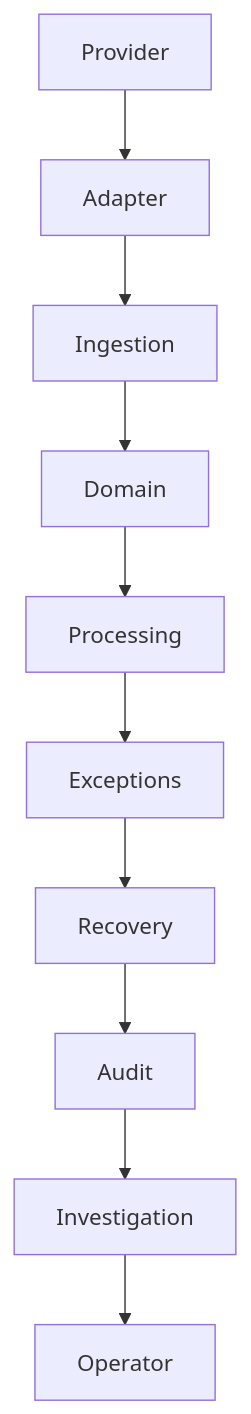
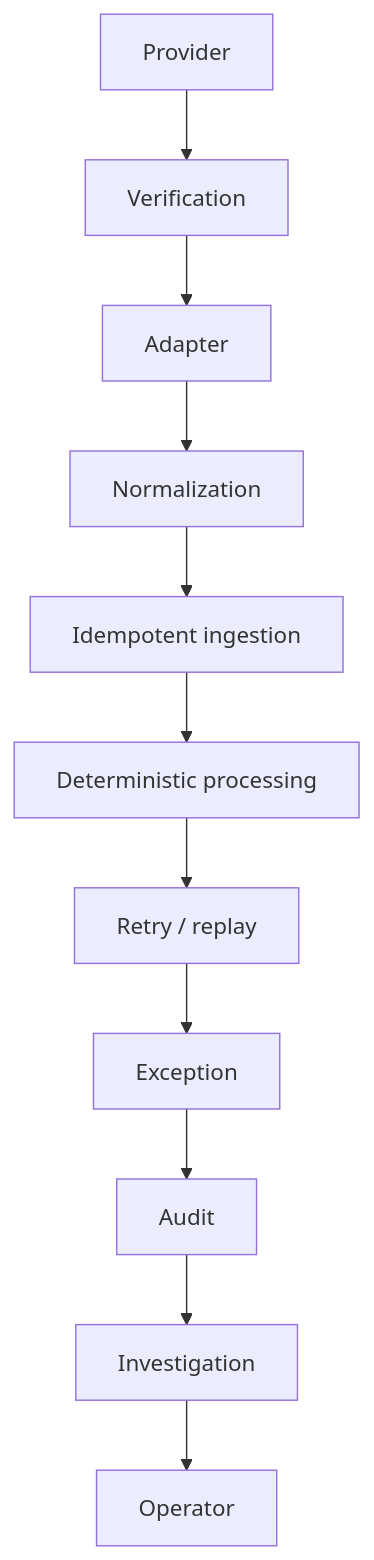
One commit to GauravNidhiCodes/HOOKx changed the diagram in docs/architecture.md. Above: the diagram before and after it, drawn with Mermaid. The commit also changed other lines of this file and 35 other files, not shown here.

````diff
--- a/docs/architecture.md
+++ b/docs/architecture.md
@@ -22,12 +22,13 @@
 ```mermaid
 flowchart TD
-  P[Provider] --> A[Adapter]
-  A --> I[Ingestion]
-  I --> D[Domain]
-  D --> E[Processing]
-  E --> X[Exceptions]
-  X --> R[Recovery]
-  R --> U[Audit]
-  U --> V[Investigation]
-  V --> O[Operator]
+  P[Provider] --> V[Verification]
+  V --> A[Adapter]
+  A --> N[Normalization]
+  N --> I[Idempotent ingestion]
+  I --> D[Deterministic processing]
+  D --> R[Retry / replay]
+  R --> X[Exception]
+  X --> U[Audit]
+  U --> G[Investigation]
+  G --> O[Operator]
 ```
````
